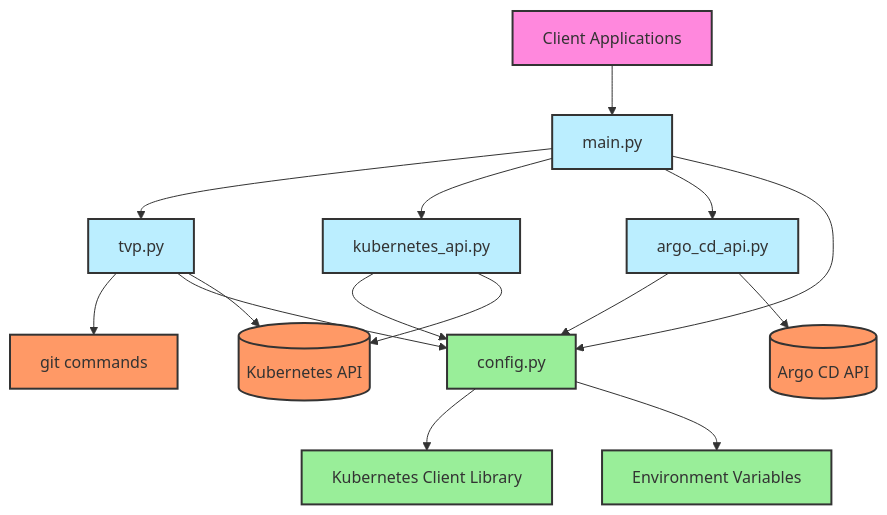
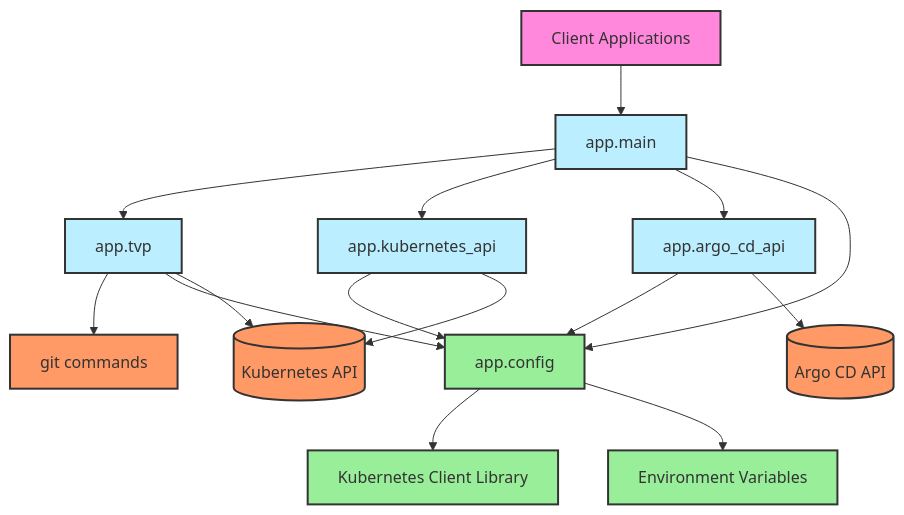
The diagram in fastapi/mermaid/module-dependency-diagram.mermaid (lloydchang/tvp-k8s), drawn with Mermaid before and after one commit. The commit also changed 7 other files, not shown here.

```diff
--- a/fastapi/mermaid/module-dependency-diagram.mermaid
+++ b/fastapi/mermaid/module-dependency-diagram.mermaid
@@ -1,30 +1,30 @@
 flowchart TD
-    main[main.py] --> tvp[tvp.py]
-    main --> kubernetes[kubernetes_api.py]
-    main --> argo[argo_cd_api.py]
-    main --> config[config.py]
+    main[app.main] --> tvp[app.tvp]
+    main --> kubernetes[app.kubernetes_api]
+    main --> argo[app.argo_cd_api]
+    main --> config[app.config]
     
     tvp --> git[git commands]
     tvp --> config
     tvp --> kubernetes_api[(Kubernetes API)]
     
     kubernetes --> config
     kubernetes --> kubernetes_api
     
     argo --> config
     argo --> argo_cd_api[(Argo CD API)]
     
     config --> kubernetes_client[Kubernetes Client Library]
     config --> env[Environment Variables]
     
     client[Client Applications] --> main
     
     classDef appModule fill:#bef,stroke:#333,stroke-width:2px
     classDef externalSys fill:#f96,stroke:#333,stroke-width:2px
     classDef config fill:#9e9,stroke:#333,stroke-width:2px
     classDef client fill:#f8d,stroke:#333,stroke-width:2px
     
     class main,tvp,kubernetes,argo appModule
     class kubernetes_api,argo_cd_api,git externalSys
     class config,kubernetes_client,env config
     class client client
```
